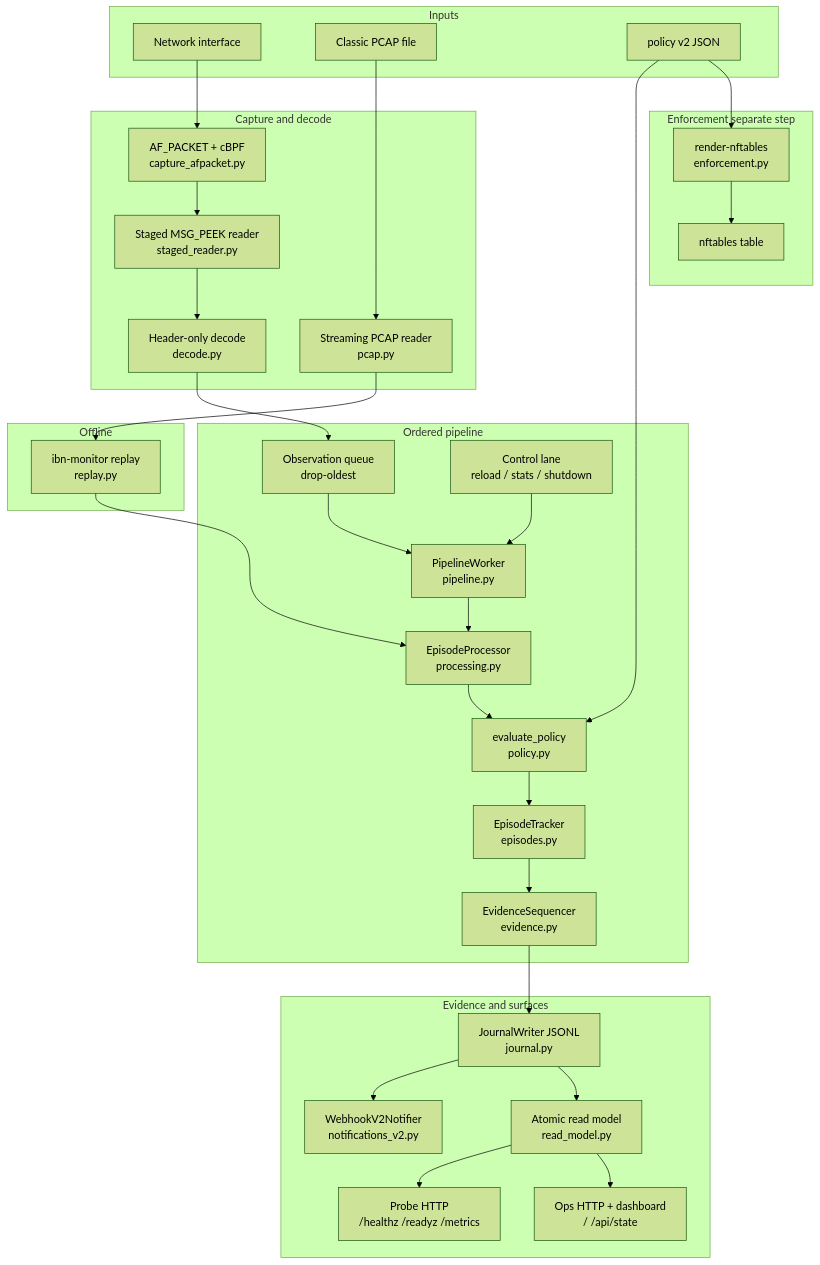
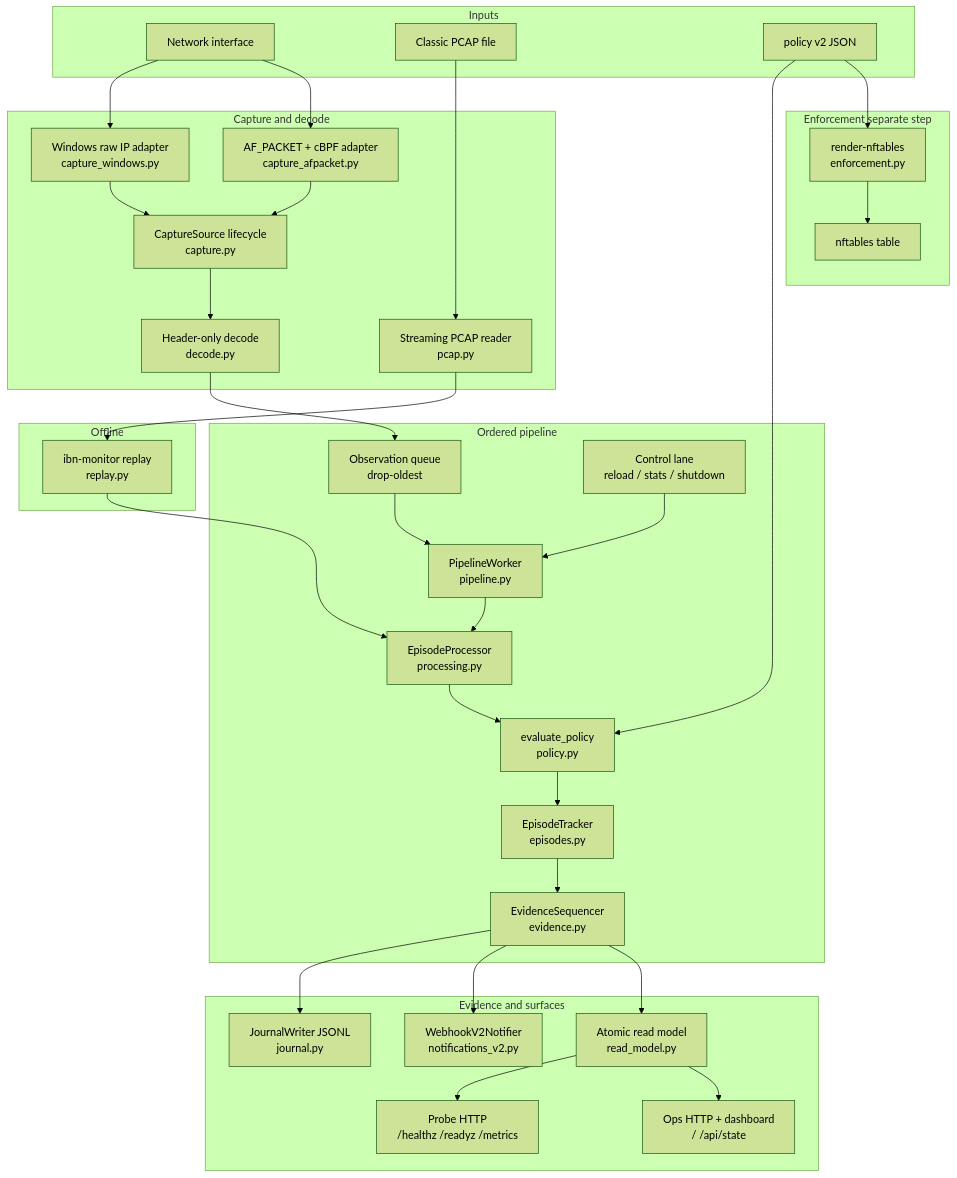
One commit to Ovotron-net/vigilant-chainsaw changed the diagram in README.md. Above: the diagram before and after it, drawn with Mermaid (forest theme). The commit also changed other lines of this file and 7 other files, not shown here.

````diff
--- a/README.md
+++ b/README.md
@@ -85,57 +91,60 @@
 ```mermaid
 flowchart TD
     subgraph inputs [Inputs]
         NIC[Network interface]
         PCAP[Classic PCAP file]
         POLCFG[policy v2 JSON]
     end
 
     subgraph capture [Capture and decode]
-        AFP[AF_PACKET + cBPF<br/>capture_afpacket.py]
-        STG[Staged MSG_PEEK reader<br/>staged_reader.py]
+        WIN[Windows raw IP adapter<br/>capture_windows.py]
+        AFP[AF_PACKET + cBPF adapter<br/>capture_afpacket.py]
+        CS[CaptureSource lifecycle<br/>capture.py]
         DEC[Header-only decode<br/>decode.py]
         PCP[Streaming PCAP reader<br/>pcap.py]
     end
 
     subgraph pipeline [Ordered pipeline]
         OQ[Observation queue<br/>drop-oldest]
         CTL[Control lane<br/>reload / stats / shutdown]
         WORK[PipelineWorker<br/>pipeline.py]
         PROC[EpisodeProcessor<br/>processing.py]
         MATCH[evaluate_policy<br/>policy.py]
         EP[EpisodeTracker<br/>episodes.py]
         SEQ[EvidenceSequencer<br/>evidence.py]
     end
 
     subgraph outputs [Evidence and surfaces]
         JRN[JournalWriter JSONL<br/>journal.py]
         WH[WebhookV2Notifier<br/>notifications_v2.py]
         RM[Atomic read model<br/>read_model.py]
         PROBE[Probe HTTP<br/>/healthz /readyz /metrics]
         OPS[Ops HTTP + dashboard<br/>/ /api/state]
     end
 
     subgraph offline [Offline]
         RPL[ibn-monitor replay<br/>replay.py]
     end
 
     subgraph enforce [Enforcement separate step]
         RNF[render-nftables<br/>enforcement.py]
         NFT[nftables table]
     end
 
-    NIC --> AFP --> STG --> DEC --> OQ
+    NIC --> WIN --> CS
+    NIC --> AFP --> CS
+    CS --> DEC --> OQ
     PCAP --> PCP --> RPL
     RPL --> PROC
     POLCFG --> MATCH
     POLCFG --> RNF
     OQ --> WORK
     CTL --> WORK
     WORK --> PROC --> MATCH --> EP --> SEQ
     SEQ --> JRN
-    JRN --> WH
-    JRN --> RM
+    SEQ --> WH
+    SEQ --> RM
     RM --> PROBE
     RM --> OPS
     RNF --> NFT
 ```
````
